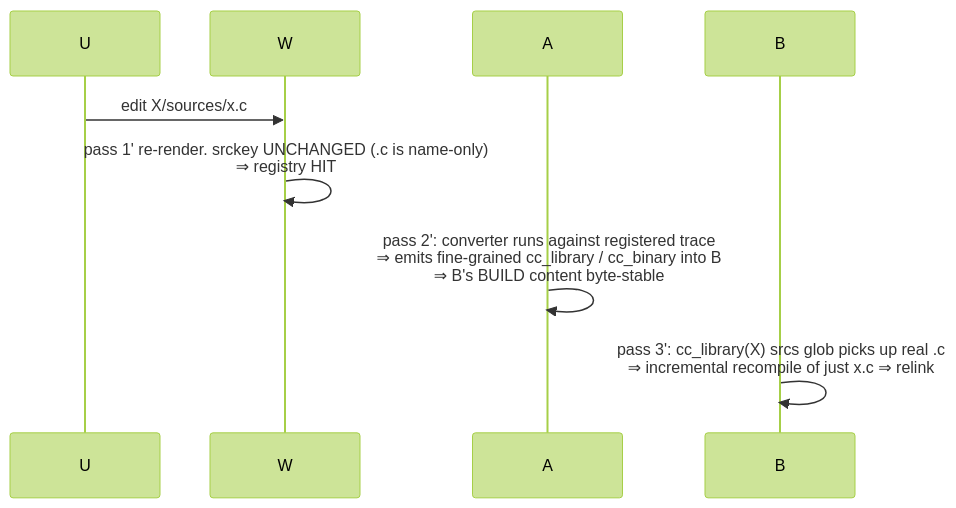
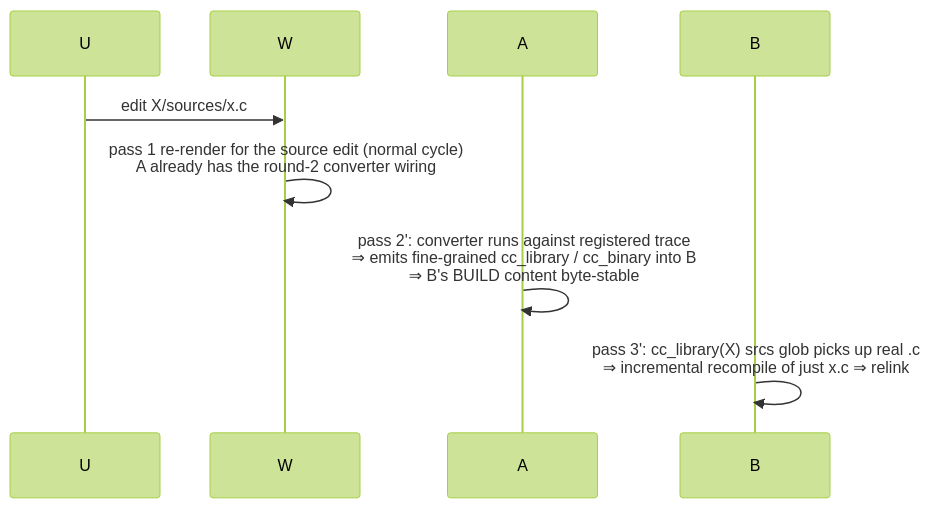
Before and after one commit to sstriker/buildstream-bazel: the fourth of 5 diagrams in docs/three-pass-flow.md, drawn with Mermaid (forest theme). The commit also changed other lines of this file and 1 other file, not shown here.

First line of the commit message:
Fix round-2 workflow docs

````diff
--- a/docs/three-pass-flow.md
+++ b/docs/three-pass-flow.md
@@ -169,7 +166,7 @@
 ```mermaid
 sequenceDiagram
     U->>W: edit X/sources/x.c
-    W->>W: pass 1' re-render. srckey UNCHANGED (.c is name-only)<br/>⇒ registry HIT
+    W->>W: pass 1 re-render for the source edit (normal cycle)<br/>A already has the round-2 converter wiring
     A->>A: pass 2': converter runs against registered trace<br/>⇒ emits fine-grained cc_library / cc_binary into B<br/>⇒ B's BUILD content byte-stable
     B->>B: pass 3': cc_library(X) srcs glob picks up real .c<br/>⇒ incremental recompile of just x.c ⇒ relink
 ```
````
